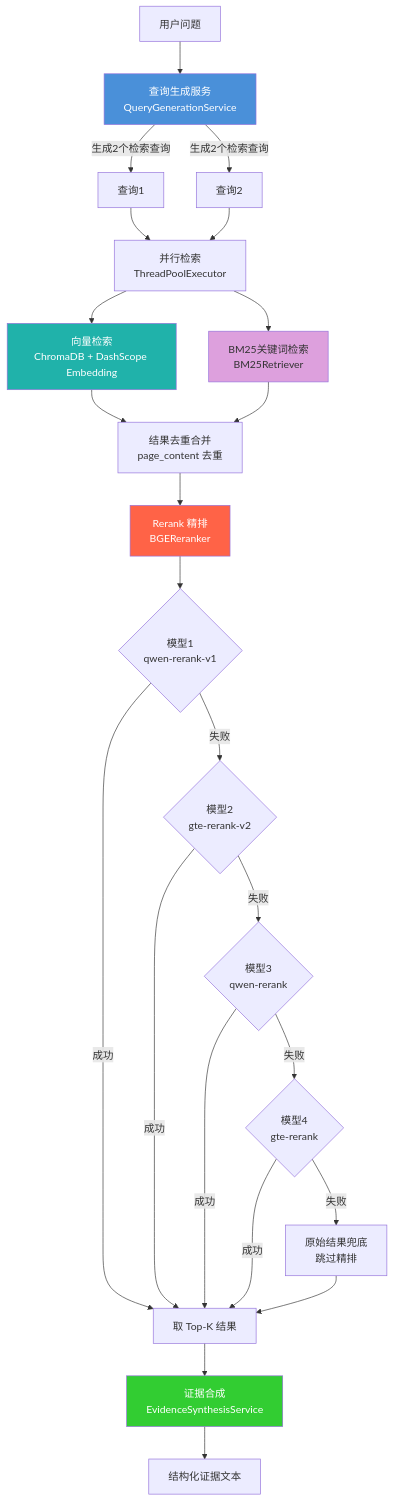
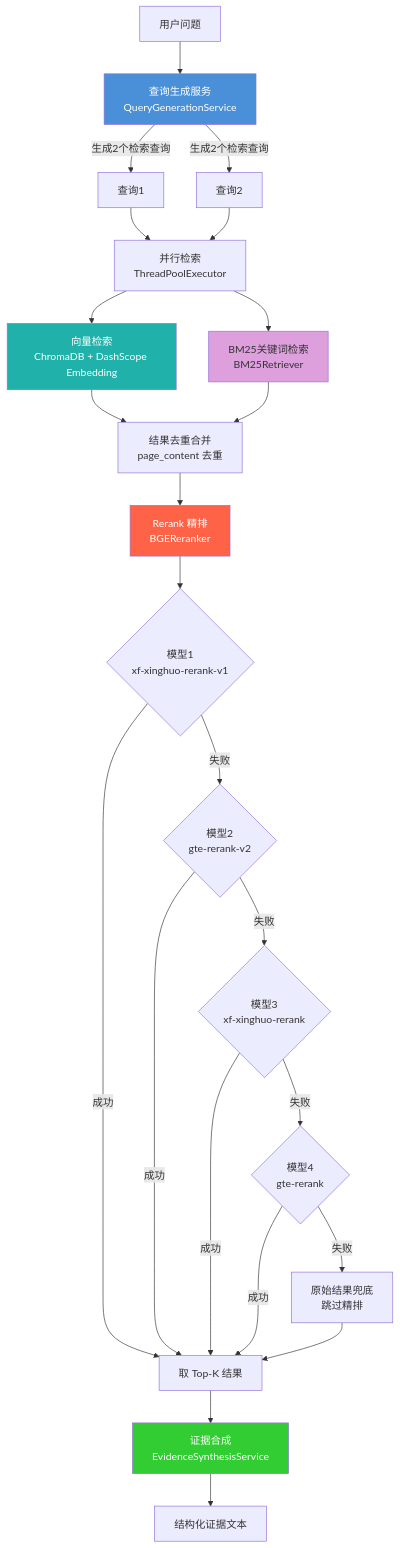
Before and after one commit to AttentionCoo/learning-characterizing-mas: the third of 12 diagrams in docs/architecture/需求规格说明书.md, drawn with Mermaid. The commit also changed other lines of this file and 12 other files, not shown here.

First line of the commit message:
docs: 文档和注释中 Qwen -> XF-Xinghuo (讯飞星火)

````diff
--- a/docs/architecture/需求规格说明书.md
+++ b/docs/architecture/需求规格说明书.md
@@ -883,38 +883,38 @@
 ```mermaid
 flowchart TD
     Q[用户问题] --> QG[查询生成服务<br/>QueryGenerationService]
     
     QG -->|生成2个检索查询| Q1[查询1]
     QG -->|生成2个检索查询| Q2[查询2]
     
     Q1 --> PAR[并行检索<br/>ThreadPoolExecutor]
     Q2 --> PAR
     
     PAR --> VS[向量检索<br/>ChromaDB + DashScope Embedding]
     PAR --> BM[BM25关键词检索<br/>BM25Retriever]
     
     VS --> MERGE[结果去重合并<br/>page_content 去重]
     BM --> MERGE
     
     MERGE --> RERANK[Rerank 精排<br/>BGEReranker]
     
-    RERANK --> M1{模型1<br/>qwen-rerank-v1}
+    RERANK --> M1{模型1<br/>xf-xinghuo-rerank-v1}
     M1 -->|成功| TOPK[取 Top-K 结果]
     M1 -->|失败| M2{模型2<br/>gte-rerank-v2}
     M2 -->|成功| TOPK
-    M2 -->|失败| M3{模型3<br/>qwen-rerank}
+    M2 -->|失败| M3{模型3<br/>xf-xinghuo-rerank}
     M3 -->|成功| TOPK
     M3 -->|失败| M4{模型4<br/>gte-rerank}
     M4 -->|成功| TOPK
     M4 -->|失败| FALLBACK[原始结果兜底<br/>跳过精排]
     
     FALLBACK --> TOPK
     TOPK --> SYN[证据合成<br/>EvidenceSynthesisService]
     SYN --> EVIDENCE[结构化证据文本]
     
     style QG fill:#4A90D9,color:#fff
     style VS fill:#20B2AA,color:#fff
     style BM fill:#DDA0DD,color:#333
     style RERANK fill:#FF6347,color:#fff
     style SYN fill:#32CD32,color:#fff
 ```
````
